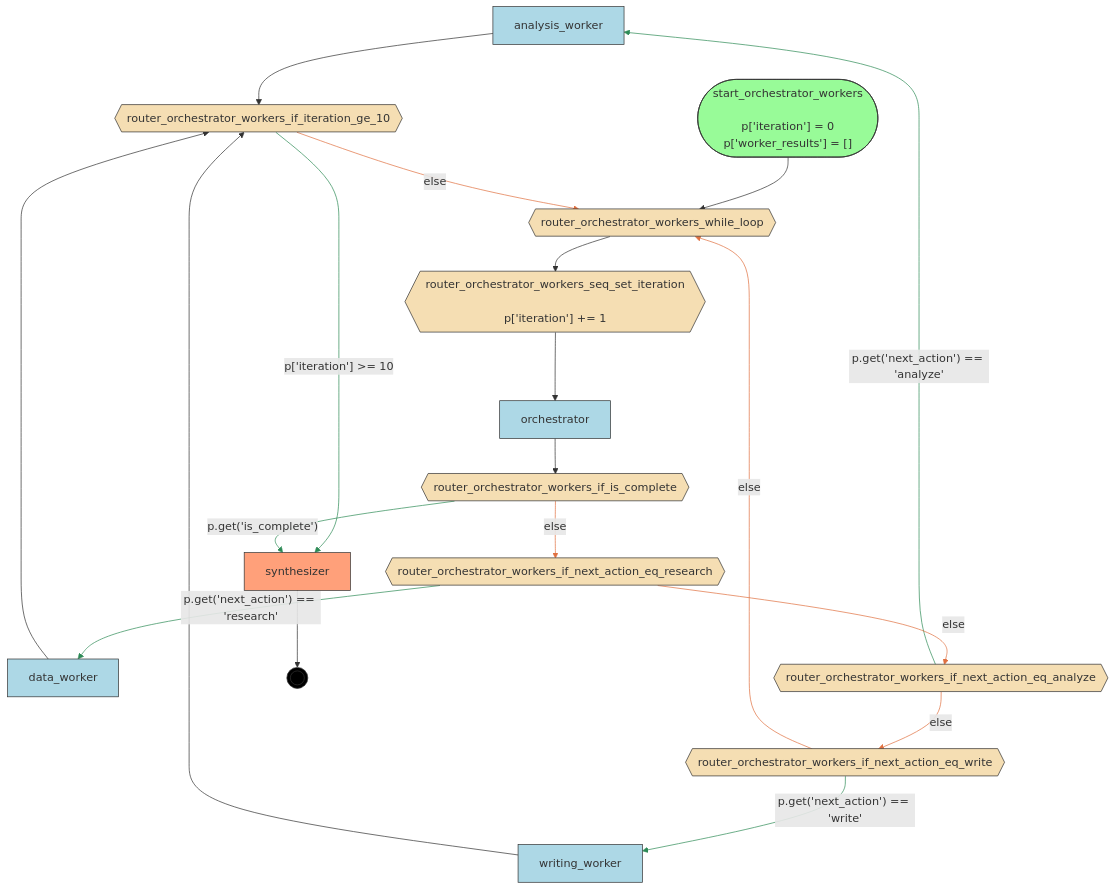
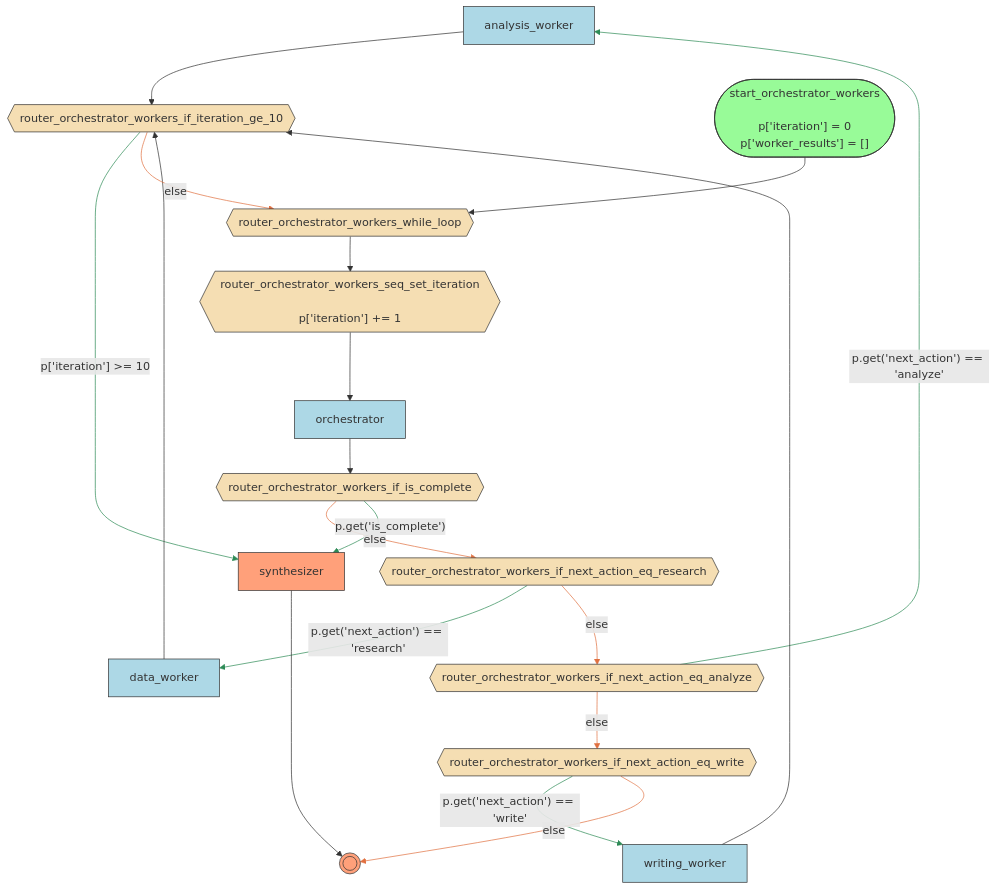
Before and after one commit to deliveryhero/asya: the diagram in examples/flows/agentic/compiled/orchestrator_workers/flow.mmd, drawn with Mermaid. The commit also changed 918 other files, not shown here.

Commit message:
chore: recompile example flows with __end__ node and volume mounts

```diff
--- a/examples/flows/agentic/compiled/orchestrator_workers/flow.mmd
+++ b/examples/flows/agentic/compiled/orchestrator_workers/flow.mmd
@@ -1,49 +1,48 @@
 flowchart TD
     %% Flow: orchestrator_workers
 
+    __end__((( )))
     analysis_worker[analysis_worker]
     data_worker[data_worker]
     orchestrator[orchestrator]
     router_orchestrator_workers_if_is_complete{{router_orchestrator_workers_if_is_complete}}
     router_orchestrator_workers_if_iteration_ge_10{{router_orchestrator_workers_if_iteration_ge_10}}
     router_orchestrator_workers_if_next_action_eq_analyze{{router_orchestrator_workers_if_next_action_eq_analyze}}
     router_orchestrator_workers_if_next_action_eq_research{{router_orchestrator_workers_if_next_action_eq_research}}
     router_orchestrator_workers_if_next_action_eq_write{{router_orchestrator_workers_if_next_action_eq_write}}
     router_orchestrator_workers_seq_set_iteration{{"router_orchestrator_workers_seq_set_iteration<br/><br/>p['iteration'] += 1"}}
     router_orchestrator_workers_while_loop{{router_orchestrator_workers_while_loop}}
     start_orchestrator_workers(["start_orchestrator_workers<br/><br/>p['iteration'] = 0<br/>p['worker_results'] = []"])
     synthesizer[synthesizer]
     writing_worker[writing_worker]
-    __end__((( )))
 
     start_orchestrator_workers --> router_orchestrator_workers_while_loop
     router_orchestrator_workers_if_iteration_ge_10 -->|"p['iteration'] >= 10"| synthesizer
     router_orchestrator_workers_if_next_action_eq_write -->|"p.get('next_action') == 'write'"| writing_worker
     router_orchestrator_workers_if_next_action_eq_analyze -->|"p.get('next_action') == 'analyze'"| analysis_worker
     router_orchestrator_workers_if_next_action_eq_analyze -->|"else"| router_orchestrator_workers_if_next_action_eq_write
     router_orchestrator_workers_if_next_action_eq_research -->|"p.get('next_action') == 'research'"| data_worker
     data_worker --> router_orchestrator_workers_if_iteration_ge_10
     router_orchestrator_workers_if_next_action_eq_research -->|"else"| router_orchestrator_workers_if_next_action_eq_analyze
     router_orchestrator_workers_if_is_complete -->|"else"| router_orchestrator_workers_if_next_action_eq_research
     router_orchestrator_workers_if_is_complete -->|"p.get('is_complete')"| synthesizer
     router_orchestrator_workers_seq_set_iteration --> orchestrator
     orchestrator --> router_orchestrator_workers_if_is_complete
     router_orchestrator_workers_while_loop --> router_orchestrator_workers_seq_set_iteration
     analysis_worker --> router_orchestrator_workers_if_iteration_ge_10
     writing_worker --> router_orchestrator_workers_if_iteration_ge_10
     router_orchestrator_workers_if_iteration_ge_10 -->|"else"| router_orchestrator_workers_while_loop
-    router_orchestrator_workers_if_next_action_eq_write -->|"else"| router_orchestrator_workers_while_loop
+    router_orchestrator_workers_if_next_action_eq_write -->|"else"| __end__
     synthesizer --> __end__
 
     classDef start fill:#98FB98,stroke:#333
     classDef endnode fill:#FFA07A,stroke:#333
     classDef router fill:#F5DEB3,stroke:#333
     classDef handler fill:#ADD8E6,stroke:#333
     classDef endpoint fill:#000,stroke:#333,color:#fff
     class start_orchestrator_workers start
-    class synthesizer endnode
+    class __end__,synthesizer endnode
     class router_orchestrator_workers_if_is_complete,router_orchestrator_workers_if_iteration_ge_10,router_orchestrator_workers_if_next_action_eq_analyze,router_orchestrator_workers_if_next_action_eq_research,router_orchestrator_workers_if_next_action_eq_write,router_orchestrator_workers_seq_set_iteration,router_orchestrator_workers_while_loop router
     class analysis_worker,data_worker,orchestrator,writing_worker handler
-    class __end__ endpoint
     linkStyle 1,2,3,5,9 stroke:#2E8B57
     linkStyle 4,7,8,15,16 stroke:#E07040
```
